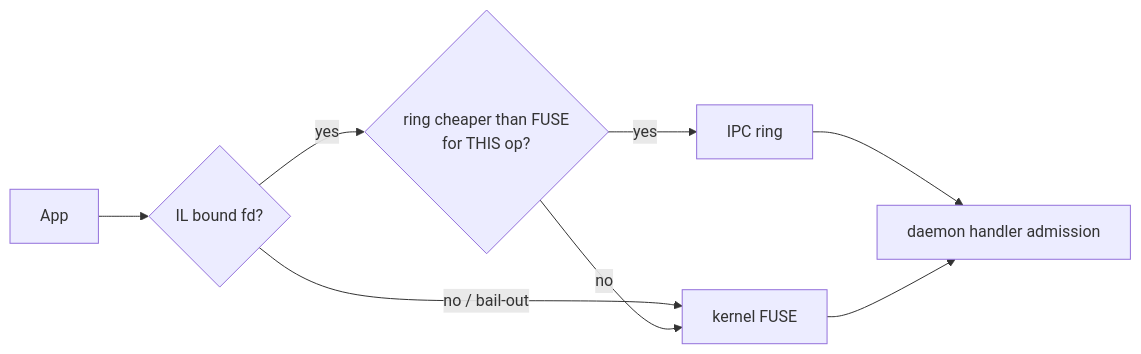
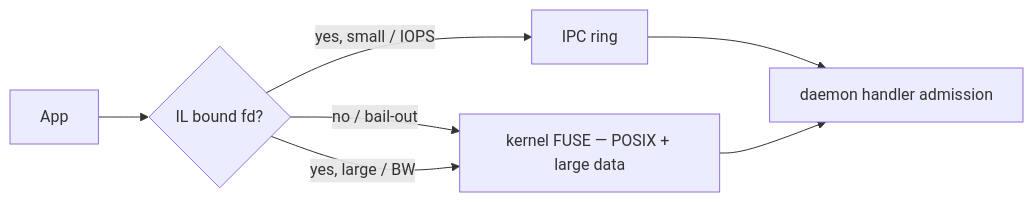
The third of 3 diagrams in docs/design-one-path.md (flipfloptech/squeezefs), drawn with Mermaid before and after one commit. The commit also changed other lines of this file, not shown here.

````diff
--- a/docs/design-one-path.md
+++ b/docs/design-one-path.md
@@ -458,10 +462,9 @@
 ```mermaid
 flowchart LR
     App --> Shim{IL bound fd?}
-    Shim -->|no / bail-out| FUSE[kernel FUSE]
-    Shim -->|yes| Cost{ring cheaper than FUSE<br/>for THIS op?}
-    Cost -->|yes| Ring[IPC ring]
-    Cost -->|no| FUSE
+    Shim -->|no / bail-out| FUSE[kernel FUSE — POSIX + large data]
+    Shim -->|yes, small / IOPS| Ring[IPC ring]
+    Shim -->|yes, large / BW| FUSE
     Ring --> Admit[daemon handler admission]
     FUSE --> Admit
 ```
````
